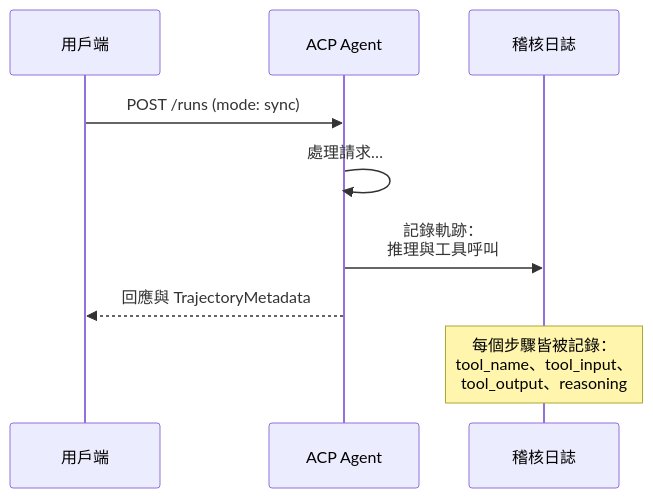
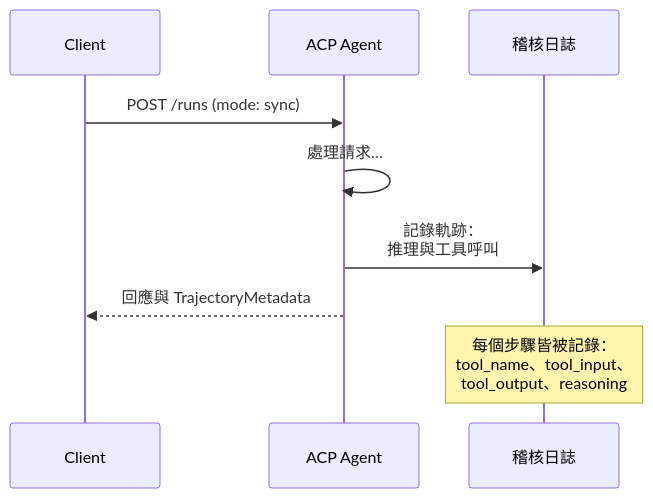
Before and after one commit to edward821220/ai-engineering-from-scratch: the fifth of 13 diagrams in i18n/zh-TW/phases/16-multi-agent-and-swarms/03-communication-protocols/docs/zh-TW.md, drawn with Mermaid. The commit also changed other lines of this file and 14 other files, not shown here.

````diff
--- a/i18n/zh-TW/phases/16-multi-agent-and-swarms/03-communication-protocols/docs/zh-TW.md
+++ b/i18n/zh-TW/phases/16-multi-agent-and-swarms/03-communication-protocols/docs/zh-TW.md
@@ -279,12 +279,12 @@
 ```mermaid
 sequenceDiagram
-    participant Client as 用戶端
+    participant Client
     participant ACP as ACP Agent
     participant Audit as 稽核日誌
 
     Client->>ACP: POST /runs (mode: sync)
     ACP->>ACP: 處理請求…
     ACP->>Audit: 記錄軌跡：<br/>推理與工具呼叫
     ACP-->>Client: 回應與 TrajectoryMetadata
     Note over Audit: 每個步驟皆被記錄：<br/>tool_name、tool_input、<br/>tool_output、reasoning
 ```
````
